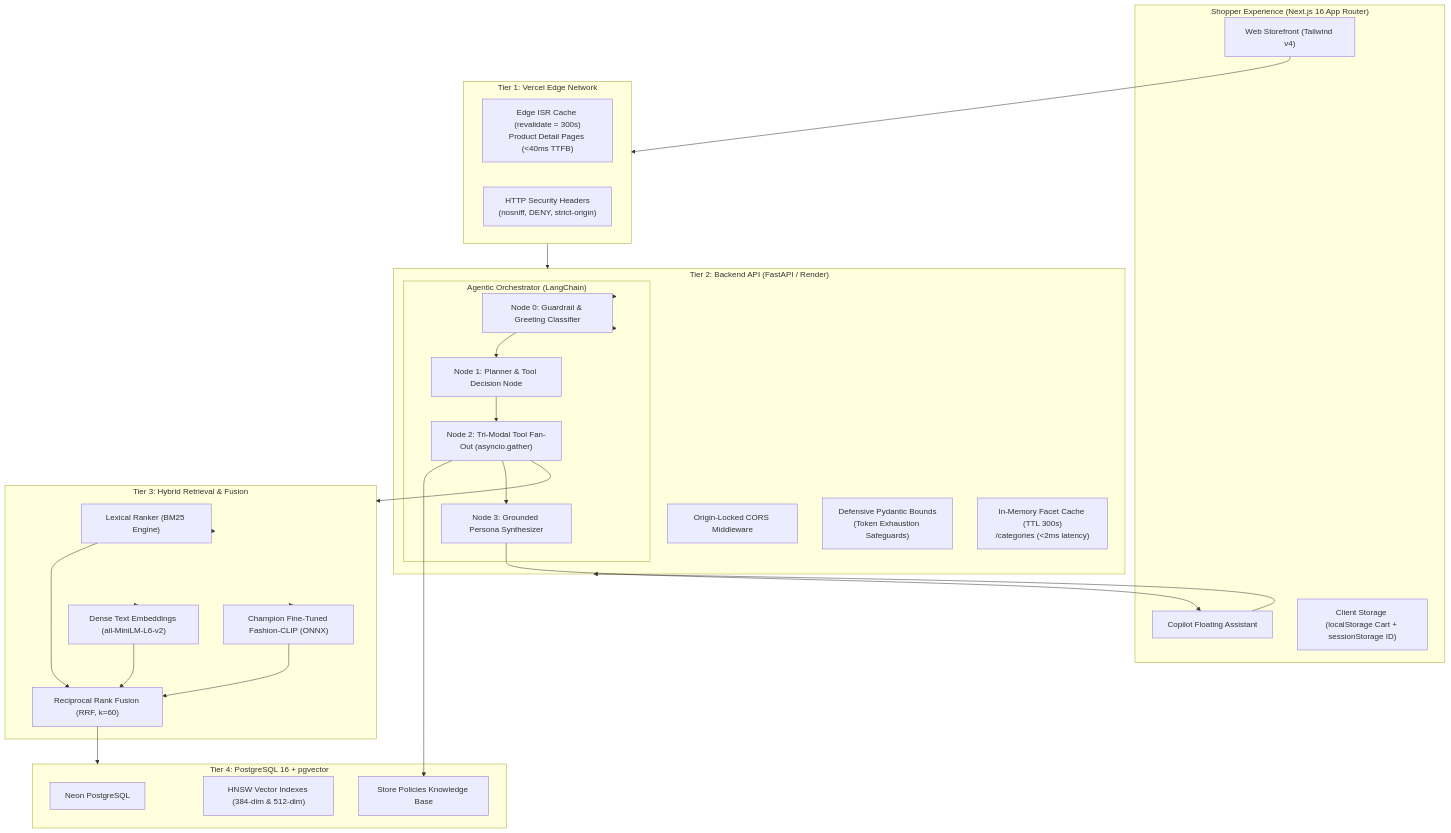
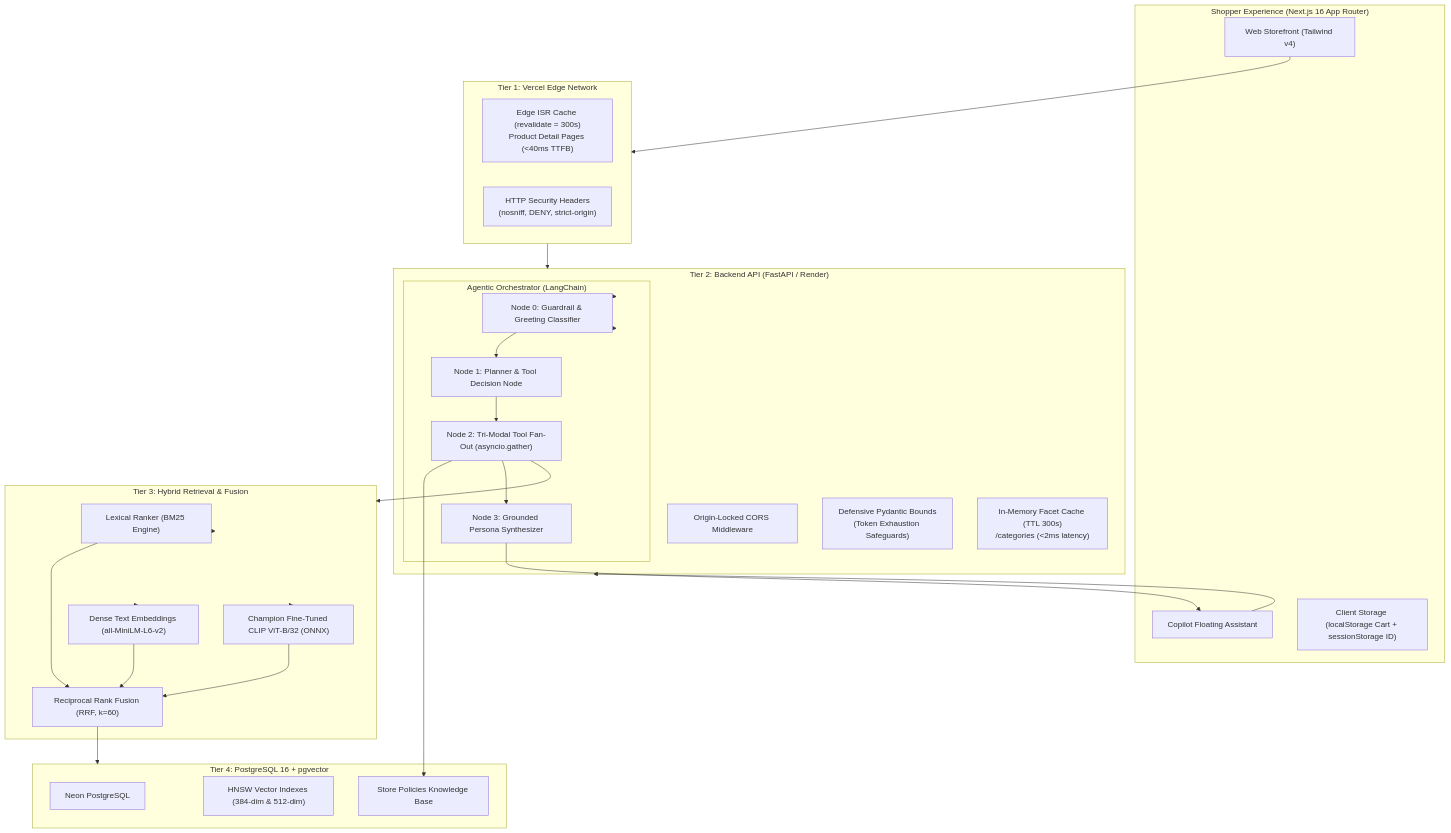
One commit to marknshoot/toko-marcell changed the diagram in README.md. Above: the diagram before and after it, drawn with Mermaid. The commit also changed other lines of this file and 7 other files, not shown here.

````diff
--- a/README.md
+++ b/README.md
@@ -23,51 +23,51 @@
 ```mermaid
 flowchart TD
     subgraph Client["Shopper Experience (Next.js 16 App Router)"]
         UI["Web Storefront (Tailwind v4)"]
         Chat["Copilot Floating Assistant"]
         ClientState["Client Storage (localStorage Cart + sessionStorage ID)"]
     end
 
     subgraph Edge["Tier 1: Vercel Edge Network"]
         ISR["Edge ISR Cache (revalidate = 300s)<br/>Product Detail Pages (<40ms TTFB)"]
         SecHeaders["HTTP Security Headers<br/>(nosniff, DENY, strict-origin)"]
     end
 
     subgraph Serving["Tier 2: Backend API (FastAPI / Render)"]
         CORS["Origin-Locked CORS Middleware"]
         InputVal["Defensive Pydantic Bounds<br/>(Token Exhaustion Safeguards)"]
         MemCache["In-Memory Facet Cache (TTL 300s)<br/>/categories (<2ms latency)"]
         
         subgraph Orchestration["Agentic Orchestrator (LangChain)"]
             Node0["Node 0: Guardrail & Greeting Classifier"]
             Node1["Node 1: Planner & Tool Decision Node"]
             Node2["Node 2: Tri-Modal Tool Fan-Out (asyncio.gather)"]
             Node3["Node 3: Grounded Persona Synthesizer"]
         end
     end
 
     subgraph Search["Tier 3: Hybrid Retrieval & Fusion"]
         BM25["Lexical Ranker (BM25 Engine)"]
         DenseText["Dense Text Embeddings (all-MiniLM-L6-v2)"]
-        VLM["Champion Fine-Tuned Fashion-CLIP (ONNX)"]
+        VLM["Champion Fine-Tuned CLIP ViT-B/32 (ONNX)"]
         RRF["Reciprocal Rank Fusion (RRF, k=60)"]
     end
 
     subgraph Storage["Tier 4: PostgreSQL 16 + pgvector"]
         PG["Neon PostgreSQL"]
         HNSW["HNSW Vector Indexes (384-dim & 512-dim)"]
         RAG["Store Policies Knowledge Base"]
     end
 
     UI --> Edge
     Edge --> Serving
     Chat --> Serving
     Serving --> Orchestration
     Orchestration --> Node0 --> Node1 --> Node2
     Node2 --> Search
     Search --> BM25 & DenseText & VLM
     BM25 & DenseText & VLM --> RRF --> Storage
     Node2 --> RAG
     Node2 --> Node3
     Node3 --> Chat
 ```
````
